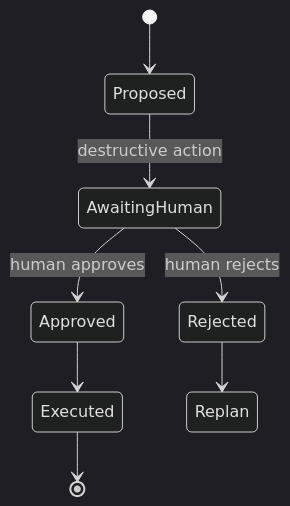
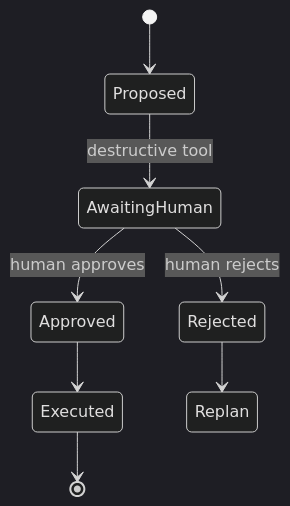
Before and after one commit to codevoks/Learning: the second of 2 diagrams in AI/AI Development/modules/09-multi-agent-hitl/MODULE.md, drawn with Mermaid (dark theme). The commit also changed other lines of this file and 32 other files, not shown here.

````diff
--- a/AI/AI Development/modules/09-multi-agent-hitl/MODULE.md
+++ b/AI/AI Development/modules/09-multi-agent-hitl/MODULE.md
@@ -118,10 +237,10 @@
 ```mermaid
 stateDiagram-v2
     [*] --> Proposed
-    Proposed --> AwaitingHuman: destructive action
+    Proposed --> AwaitingHuman: destructive tool
     AwaitingHuman --> Approved: human approves
     AwaitingHuman --> Rejected: human rejects
     Approved --> Executed
     Rejected --> Replan
     Executed --> [*]
 ```
````
